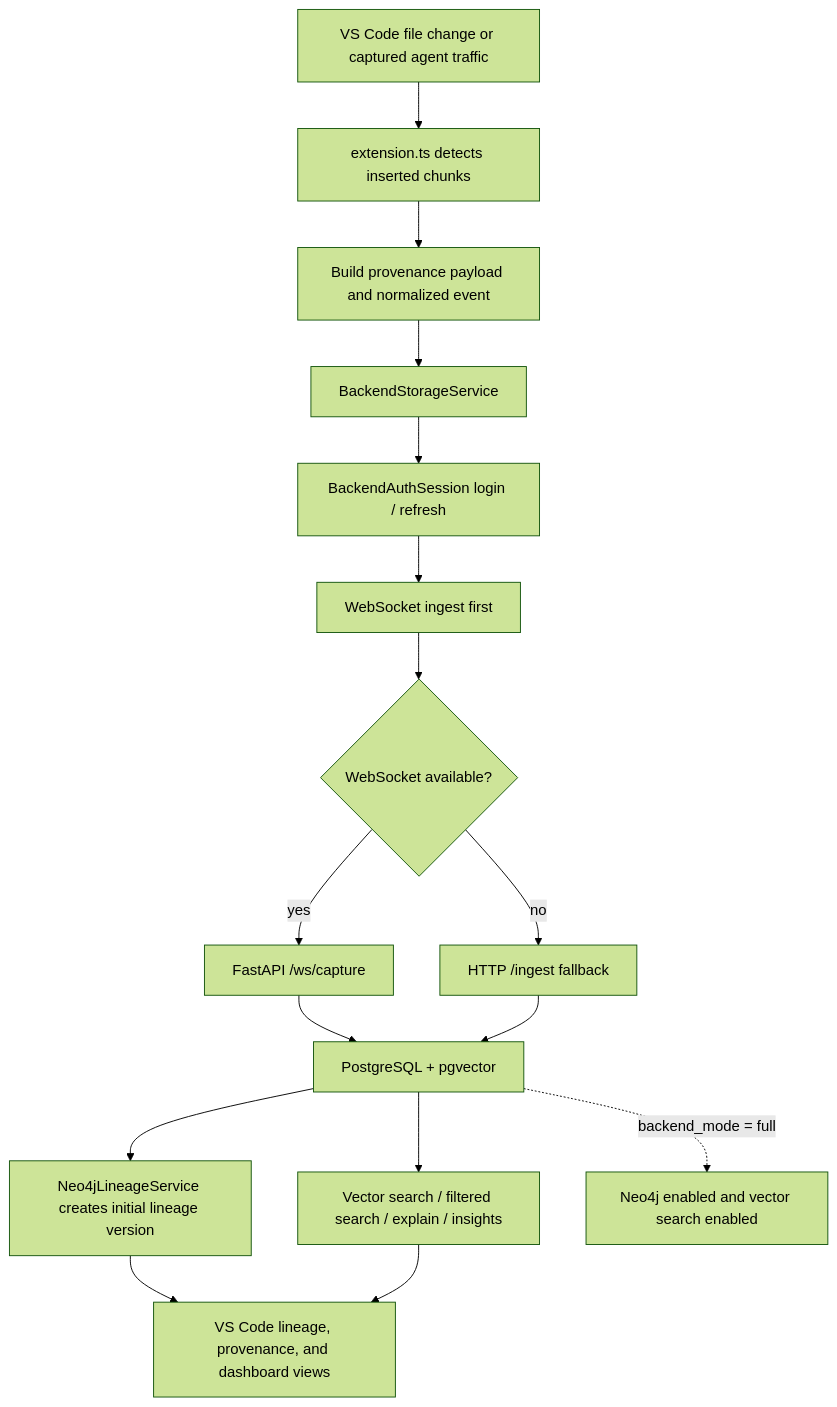
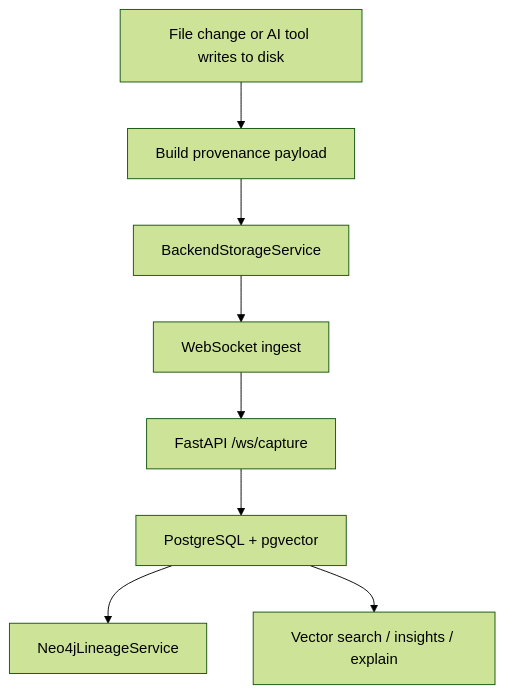
The third of 3 diagrams in docs/architecture.md (karnati-praveen/lineagelens), drawn with Mermaid (forest theme) before and after one commit. The commit also changed other lines of this file and 30 other files, not shown here.

````diff
--- a/docs/architecture.md
+++ b/docs/architecture.md
@@ -189,18 +188,10 @@
 ```mermaid
 flowchart TD
-  A[VS Code file change or captured agent traffic] --> B[extension.ts detects inserted chunks]
-  B --> C[Build provenance payload and normalized event]
-  C --> D[BackendStorageService]
-  D --> E[BackendAuthSession login / refresh]
-  E --> F[WebSocket ingest first]
-  F --> G{WebSocket available?}
-  G -- yes --> H[FastAPI /ws/capture]
-  G -- no --> I[HTTP /ingest fallback]
-  H --> J[PostgreSQL + pgvector]
-  I --> J
-  J --> K[Neo4jLineageService creates initial lineage version]
-  J --> L[Vector search / filtered search / explain / insights]
-  K --> M[VS Code lineage, provenance, and dashboard views]
-  L --> M
-  J -. backend_mode = full .-> N[Neo4j enabled and vector search enabled]
+  A[File change or AI tool writes to disk] --> B[Build provenance payload]
+  B --> C[BackendStorageService]
+  C --> D[WebSocket ingest]
+  D --> E[FastAPI /ws/capture]
+  E --> F[PostgreSQL + pgvector]
+  F --> G[Neo4jLineageService]
+  F --> H[Vector search / insights / explain]
 ```
````
